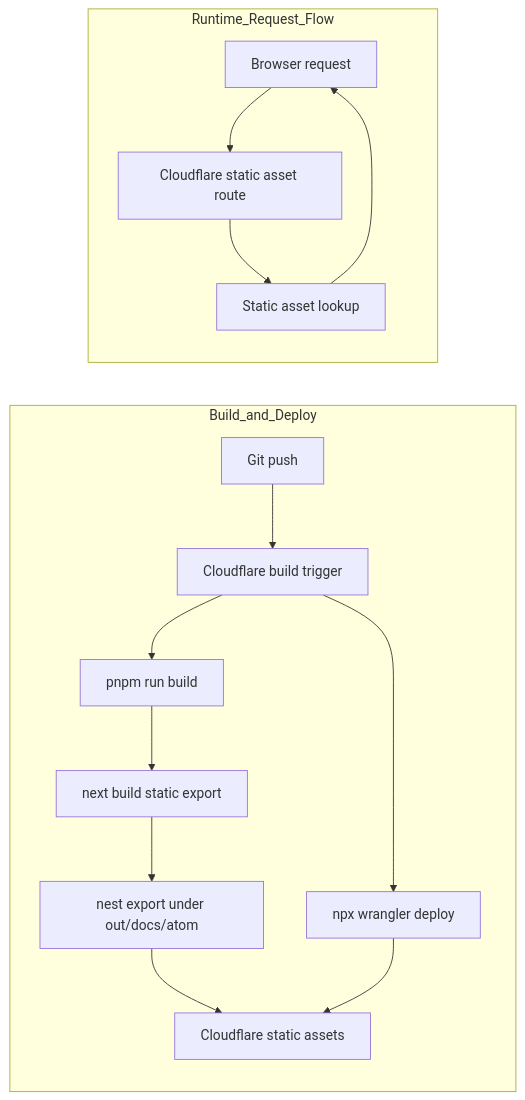
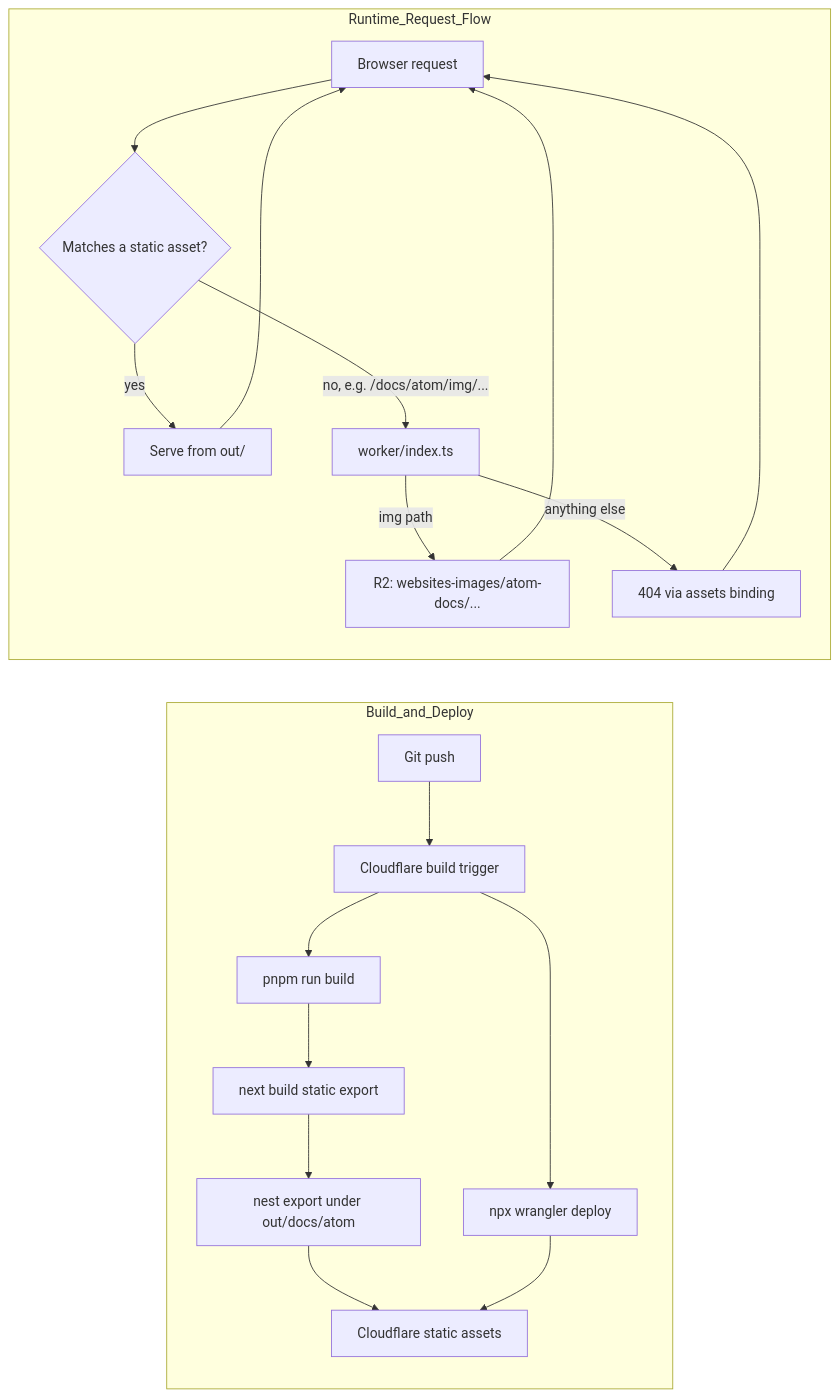
Before and after one commit to absmach/atom: the diagram in docs/README.md, drawn with Mermaid. The commit also changed other lines of this file and 103 other files, not shown here.

````diff
--- a/docs/README.md
+++ b/docs/README.md
@@ -47,18 +48,23 @@
 ```mermaid
 flowchart LR
   subgraph Build_and_Deploy
     A[Git push] --> B[Cloudflare build trigger]
     B --> C[pnpm run build]
     C --> D[next build static export]
     D --> E[nest export under out/docs/atom]
     B --> F[npx wrangler deploy]
     E --> G[Cloudflare static assets]
     F --> G
   end
 
   subgraph Runtime_Request_Flow
-    U[Browser request] --> H[Cloudflare static asset route]
-    H --> J[Static asset lookup]
+    U[Browser request] --> H{Matches a static asset?}
+    H -->|yes| J[Serve from out/]
     J --> U
+    H -->|no, e.g. /docs/atom/img/...| K[worker/index.ts]
+    K -->|img path| L[R2: websites-images/atom-docs/...]
+    K -->|anything else| M[404 via assets binding]
+    L --> U
+    M --> U
   end
 ```
````
